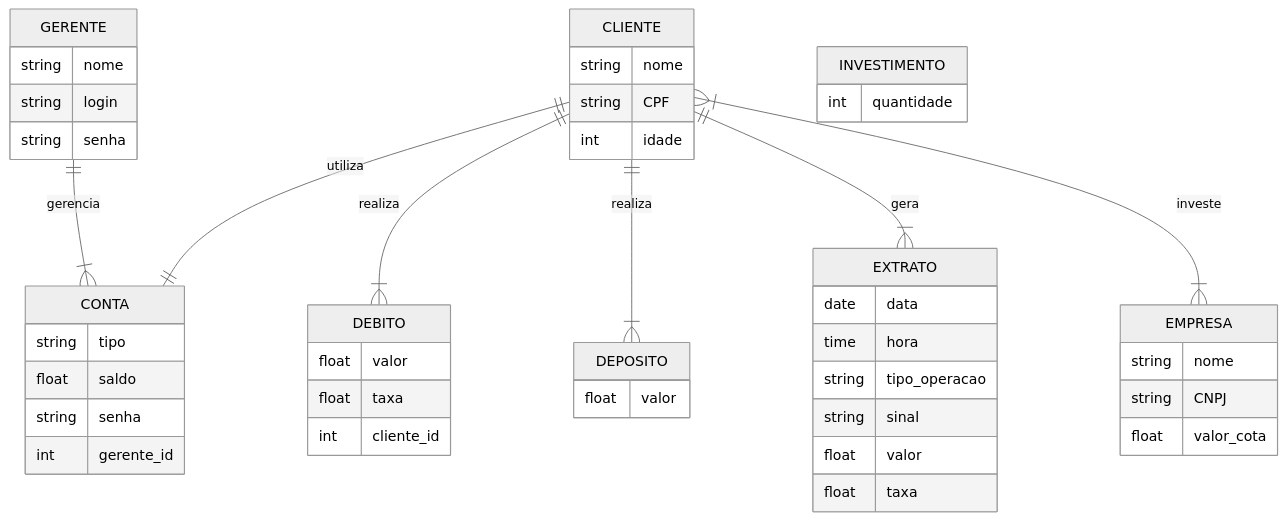
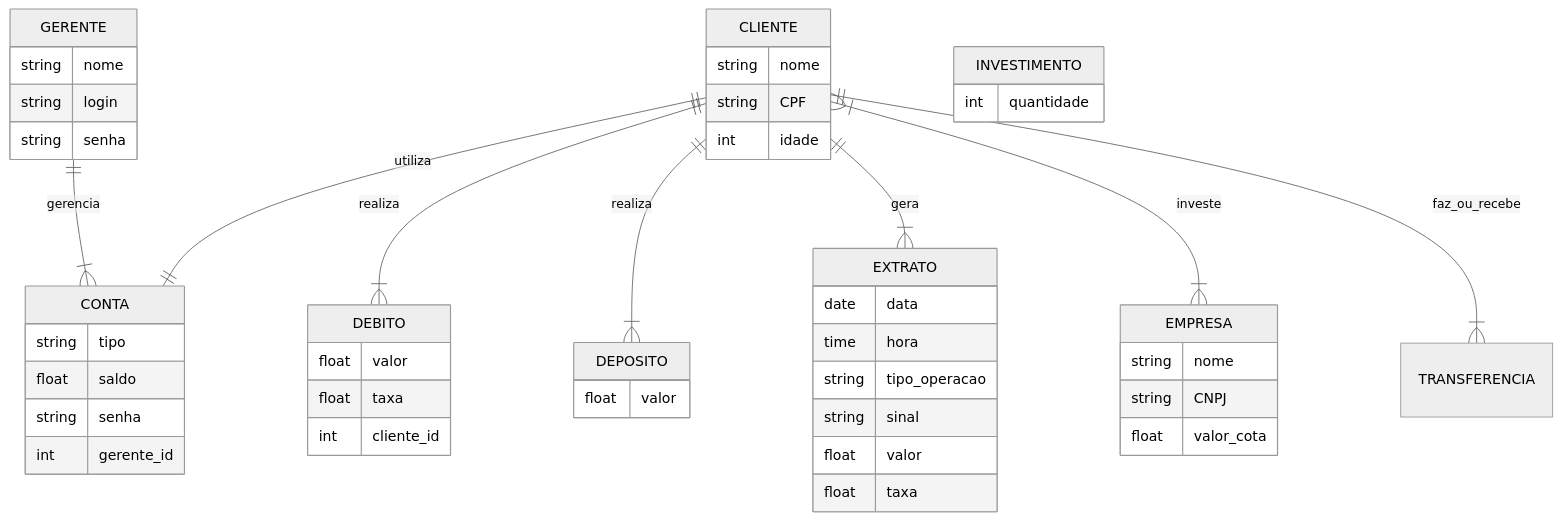
Before and after one commit to iagorosa28/banco_quempoupatem_banco_de_dados: the first of 2 diagrams in README.md, drawn with Mermaid (neutral theme).

```diff
--- a/README.md
+++ b/README.md
@@ -52,11 +52,11 @@
     %%int cliente_id
     }
 
-    %%TRANSFERENCIA {
+    TRANSFERENCIA {
     %%int id
     %%int debito_id
     %%int deposito_id
-    %%}
+    }
 
     EXTRATO {
     %%int id
@@ -90,9 +90,10 @@
     %%DEPOSITO || -- || TRANSFERENCIA : nsei 
     CLIENTE  || -- |{ EXTRATO : gera
     CLIENTE  }| -- |{ EMPRESA : investe 
+    CLIENTE || -- |{ TRANSFERENCIA : faz_ou_recebe
 
   %%  CLIENTE || -- |{ TRANSFERENCIA : faz_ou_recebe
-   %% CLIENTE || -- |{ EXTRATO : consulta
+   
    %% CONTA || -- |{ DEBITO : atualiza
    %% CONTA || -- |{ DEPOSITO : atualiza
    %% CONTA || -- |{ TRANSFERENCIA : atualiza
```
